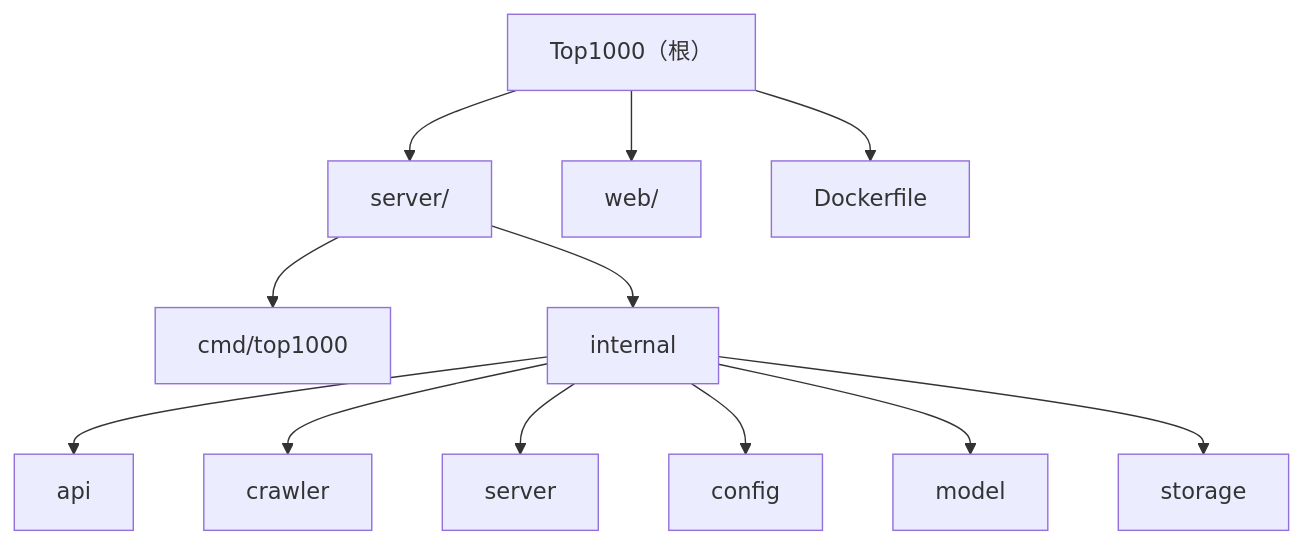
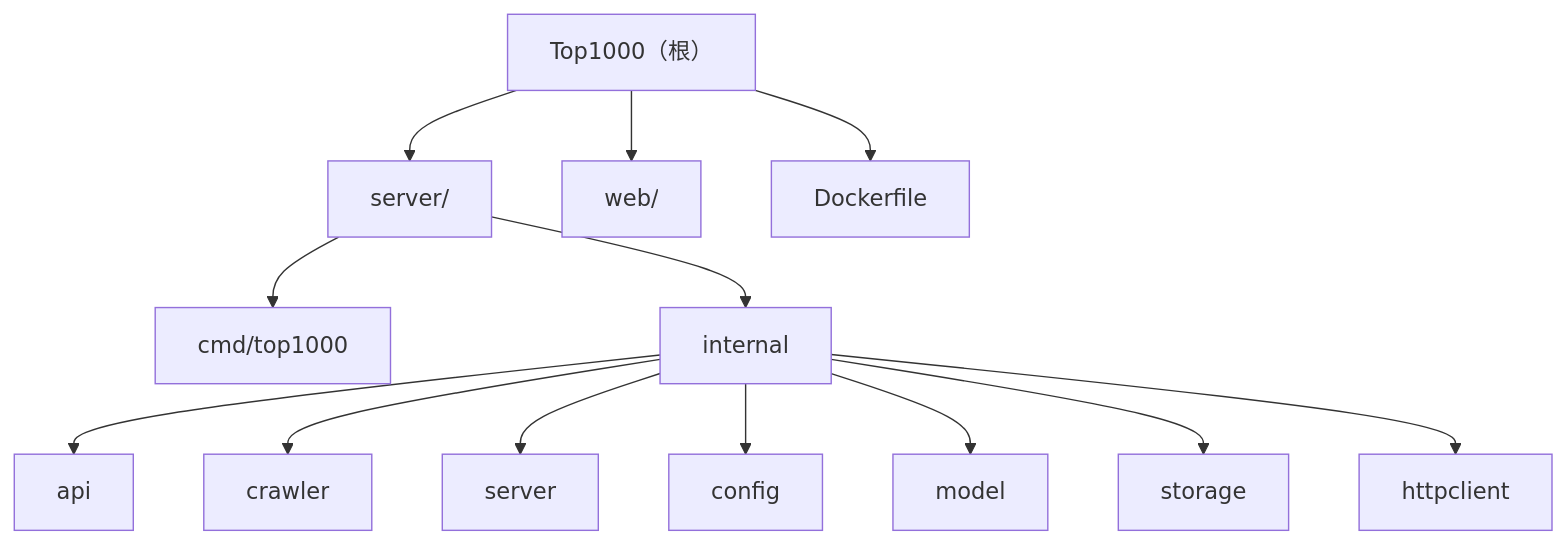
The diagram in CLAUDE.md (wind306/top1000), drawn with Mermaid before and after one commit. The commit also changed other lines of this file and 1 other file, not shown here.

````diff
--- a/CLAUDE.md
+++ b/CLAUDE.md
@@ -45,23 +23,24 @@
 ```mermaid
 graph TD
     A["Top1000（根）"] --> B["server/"]
     A --> C["web/"]
     A --> D["Dockerfile"]
     B --> E["cmd/top1000"]
     B --> F["internal"]
     F --> G["api"]
     F --> H["crawler"]
     F --> I["server"]
     F --> J["config"]
     F --> K["model"]
     F --> L["storage"]
+    F --> M["httpclient"]
 
     click E "./server/cmd/top1000/CLAUDE.md" "查看入口模块"
-    click G "./server/internal/api/CLAUDE.md" "查看 API 模块"
-    click H "./server/internal/crawler/CLAUDE.md" "查看爬虫模块"
-    click I "./server/internal/server/CLAUDE.md" "查看服务器模块"
-    click J "./server/internal/config/CLAUDE.md" "查看配置模块"
-    click K "./server/internal/model/CLAUDE.md" "查看数据模型"
-    click L "./server/internal/storage/CLAUDE.md" "查看存储模块"
+    click G "@server/internal/api/handler.go" "查看 API 处理器"
+    click H "@server/internal/crawler/scheduler.go" "查看爬虫模块"
+    click I "@server/internal/server/server.go" "查看服务器模块"
+    click J "@server/internal/config/config.go" "查看配置模块"
+    click K "@server/internal/model/types.go" "查看数据模型"
+    click L "@server/internal/storage/redis_store.go" "查看存储模块"
     click C "./web/CLAUDE.md" "查看前端模块"
 ```
````
